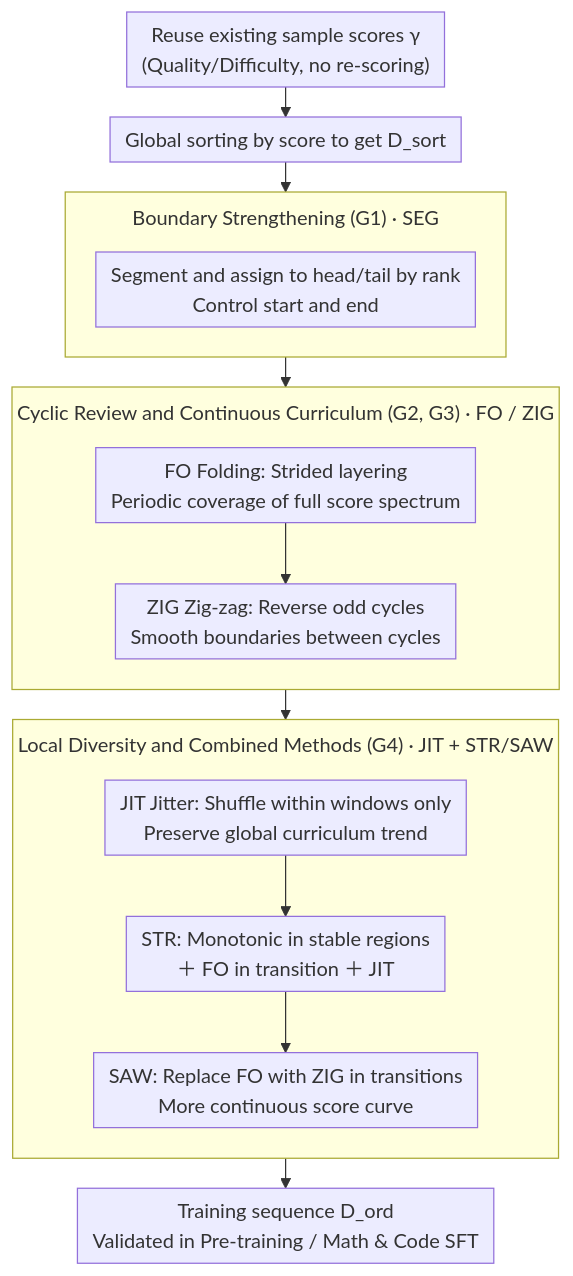
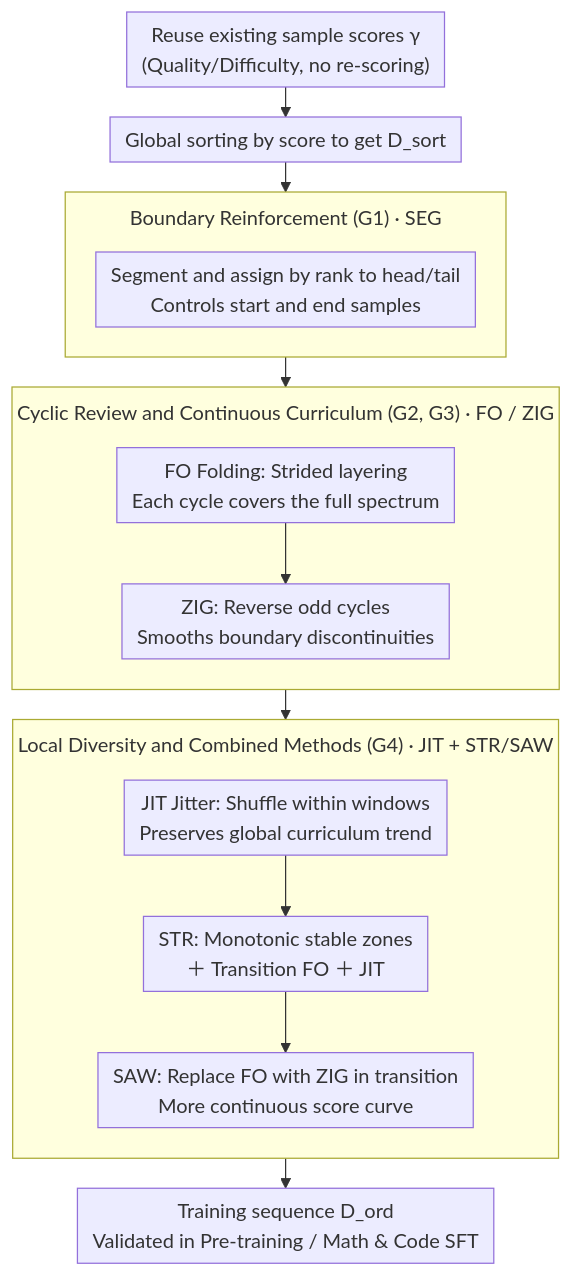
Before and after one commit to zhaoyang97/Paper-Notes-en: the diagram in docs/ACL2026/llm_pretraining/demystifying_data_organization_for_enhanced_llm_training.md, drawn with Mermaid. The commit also changed other lines of this file and 5084 other files, not shown here.

````diff
--- a/docs/ACL2026/llm_pretraining/demystifying_data_organization_for_enhanced_llm_training.md
+++ b/docs/ACL2026/llm_pretraining/demystifying_data_organization_for_enhanced_llm_training.md
@@ -46,23 +46,23 @@
 ```mermaid
 %%{init: {'flowchart': {'rankSpacing': 24, 'nodeSpacing': 28, 'padding': 6, 'wrappingWidth': 400, 'subGraphTitleMargin': {'top': 8, 'bottom': 16}}}}%%
 flowchart TD
     A["Reuse existing sample scores γ<br/>(Quality/Difficulty, no re-scoring)"] --> B["Global sorting by score to get D_sort"]
-    subgraph D1["Boundary Strengthening (G1) · SEG"]
-        C1["Segment and assign to head/tail by rank<br/>Control start and end"]
+    subgraph D1["Boundary Reinforcement (G1) · SEG"]
+        C1["Segment and assign by rank to head/tail<br/>Controls start and end samples"]
     end
     subgraph D2["Cyclic Review and Continuous Curriculum (G2, G3) · FO / ZIG"]
         direction TB
-        C2["FO Folding: Strided layering<br/>Periodic coverage of full score spectrum"]
-        C2 --> C3["ZIG Zig-zag: Reverse odd cycles<br/>Smooth boundaries between cycles"]
+        C2["FO Folding: Strided layering<br/>Each cycle covers the full spectrum"]
+        C2 --> C3["ZIG: Reverse odd cycles<br/>Smooths boundary discontinuities"]
     end
     subgraph D3["Local Diversity and Combined Methods (G4) · JIT + STR/SAW"]
         direction TB
-        C4["JIT Jitter: Shuffle within windows only<br/>Preserve global curriculum trend"]
-        C4 --> C5["STR: Monotonic in stable regions<br/>＋ FO in transition ＋ JIT"]
-        C5 --> C6["SAW: Replace FO with ZIG in transitions<br/>More continuous score curve"]
+        C4["JIT Jitter: Shuffle within windows<br/>Preserves global curriculum trend"]
+        C4 --> C5["STR: Monotonic stable zones<br/>＋ Transition FO ＋ JIT"]
+        C5 --> C6["SAW: Replace FO with ZIG in transition<br/>More continuous score curve"]
     end
     B --> D1
     D1 --> D2
     D2 --> D3
     D3 --> G["Training sequence D_ord<br/>Validated in Pre-training / Math & Code SFT"]
 ```
````
